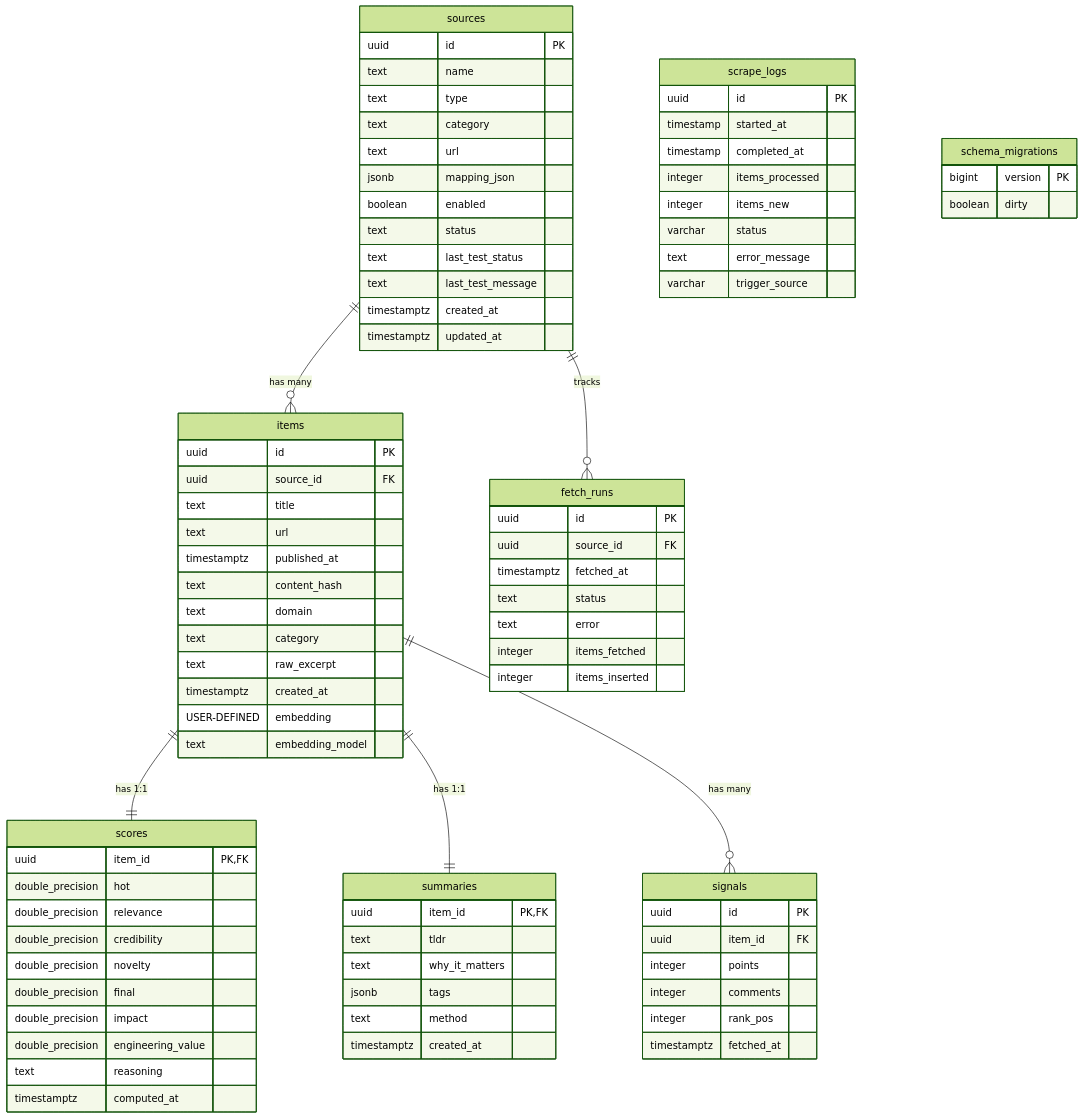
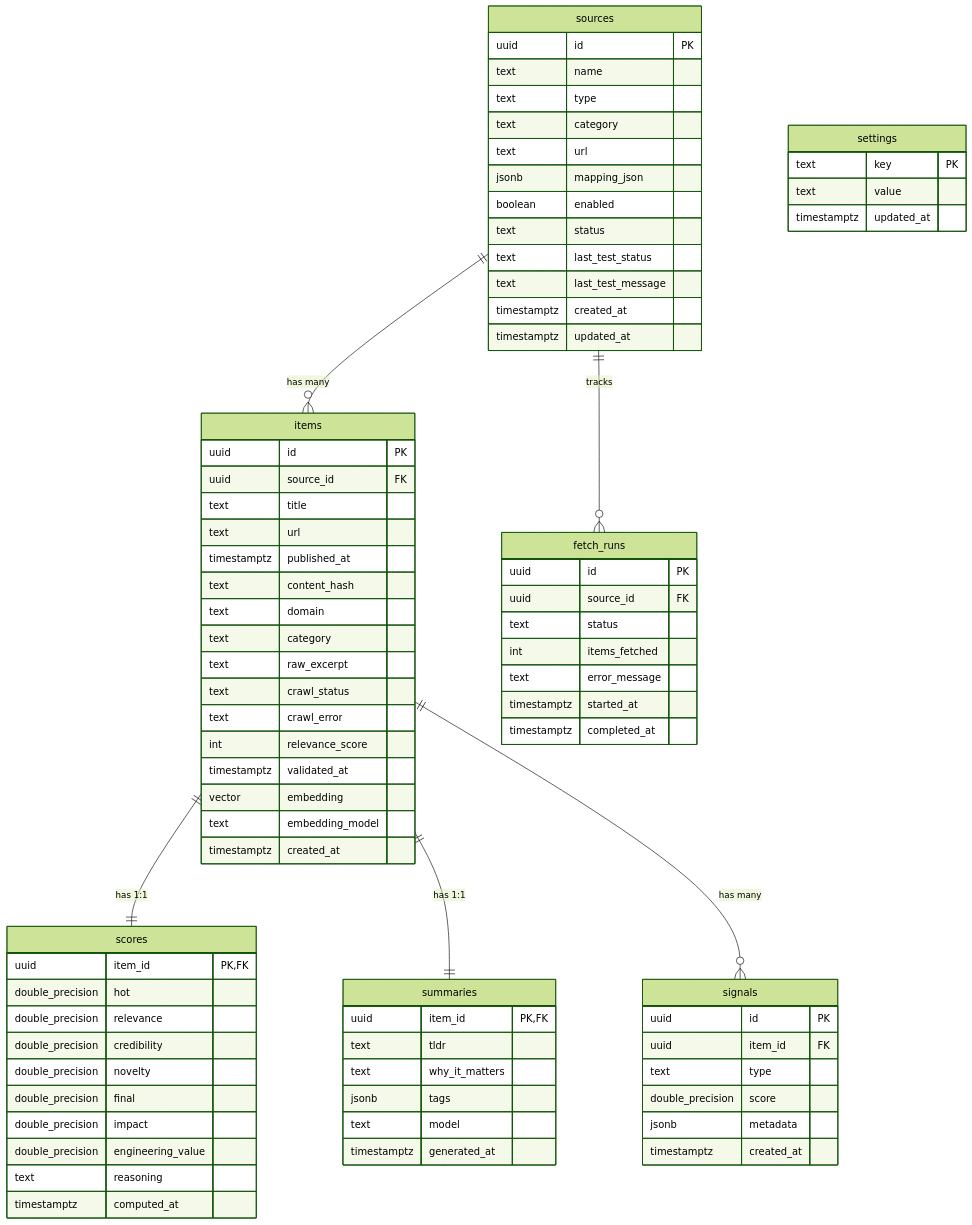
One commit to hidatara-ds/evolipia-radar changed the diagram in docs/DATABASE_SCHEMA.md. Above: the diagram before and after it, drawn with Mermaid (forest theme). The commit also changed other lines of this file and 43 other files, not shown here.

````diff
--- a/docs/DATABASE_SCHEMA.md
+++ b/docs/DATABASE_SCHEMA.md
@@ -13,7 +13,7 @@
     items ||--|| scores : "has 1:1"
     items ||--|| summaries : "has 1:1"
     items ||--o{ signals : "has many"
-    
+
     sources {
         uuid id PK
         text name
@@ -39,9 +39,13 @@
         text domain
         text category
         text raw_excerpt
+        text crawl_status
+        text crawl_error
+        int relevance_score
+        timestamptz validated_at
+        vector embedding
+        text embedding_model
         timestamptz created_at
-        USER-DEFINED embedding
-        text embedding_model
     }
 
     scores {
@@ -62,42 +66,32 @@
         text tldr
         text why_it_matters
         jsonb tags
-        text method
-        timestamptz created_at
+        text model
+        timestamptz generated_at
     }
 
     signals {
         uuid id PK
         uuid item_id FK
-        integer points
-        integer comments
-        integer rank_pos
-        timestamptz fetched_at
+        text type
+        double_precision score
+        jsonb metadata
+        timestamptz created_at
+    }
+
+    settings {
+        text key PK
+        text value
+        timestamptz updated_at
     }
 
     fetch_runs {
         uuid id PK
         uuid source_id FK
-        timestamptz fetched_at
         text status
-        text error
-        integer items_fetched
-        integer items_inserted
-    }
-
-    scrape_logs {
-        uuid id PK
-        timestamp started_at
-        timestamp completed_at
-        integer items_processed
-        integer items_new
-        varchar status
+        int items_fetched
         text error_message
-        varchar trigger_source
-    }
-
-    schema_migrations {
-        bigint version PK
-        boolean dirty
+        timestamptz started_at
+        timestamptz completed_at
     }
 ```
````
